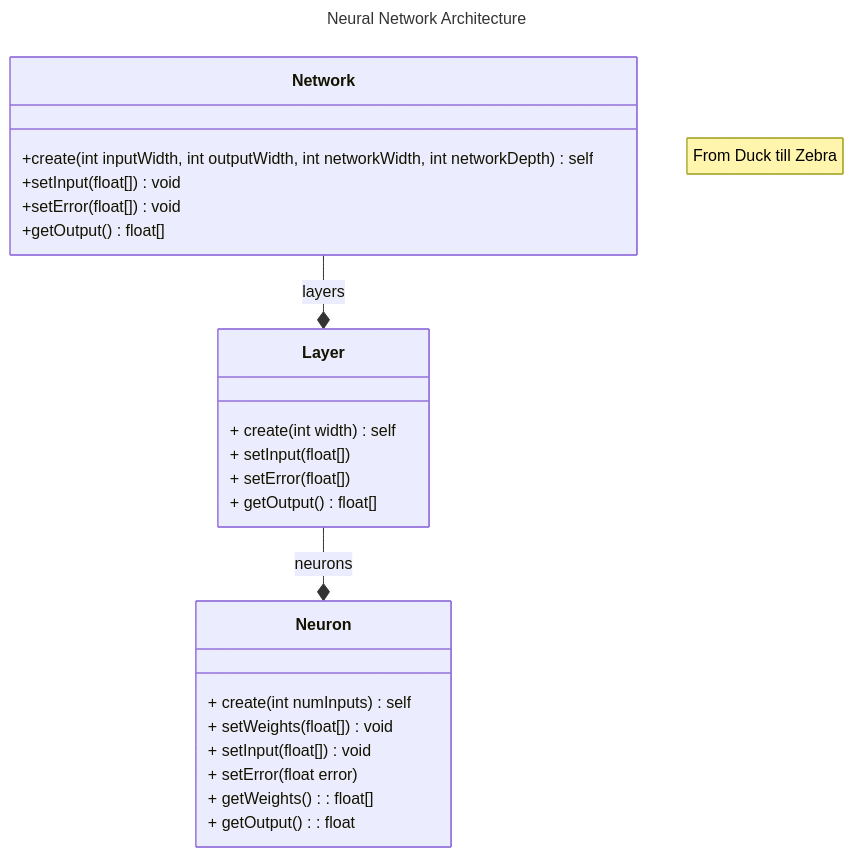
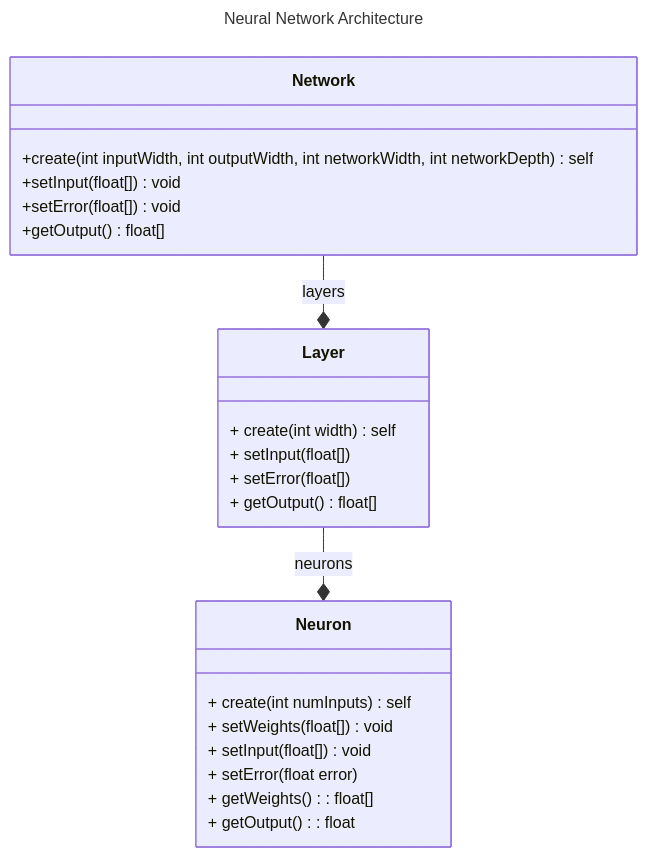
Before and after one commit to mficzel/NeuralNetworkPlayground: the diagram in Readme.md, drawn with Mermaid.

````diff
--- a/Readme.md
+++ b/Readme.md
@@ -1,33 +1,32 @@
 ```mermaid
 ---
 title: Neural Network Architecture
 ---
 classDiagram
-  note "From Duck till Zebra"
 
   class Network {
      +create(int inputWidth, int outputWidth, int networkWidth, int networkDepth) self
      +setInput(float[]) void
      +setError(float[]) void
      +getOutput() float[]
   }
 
   class Layer {
      + create(int width) self
      + setInput(float[])
      + setError(float[])
      + getOutput() float[]
   }
 
   class Neuron {
      + create(int numInputs) self
      + setWeights(float[]) void
      + setInput(float[]) void
      + setError(float error)
      + getWeights(): float[]
      + getOutput(): float
   }
 
   Network --* Layer : layers
   Layer --* Neuron : neurons
 ```
````
